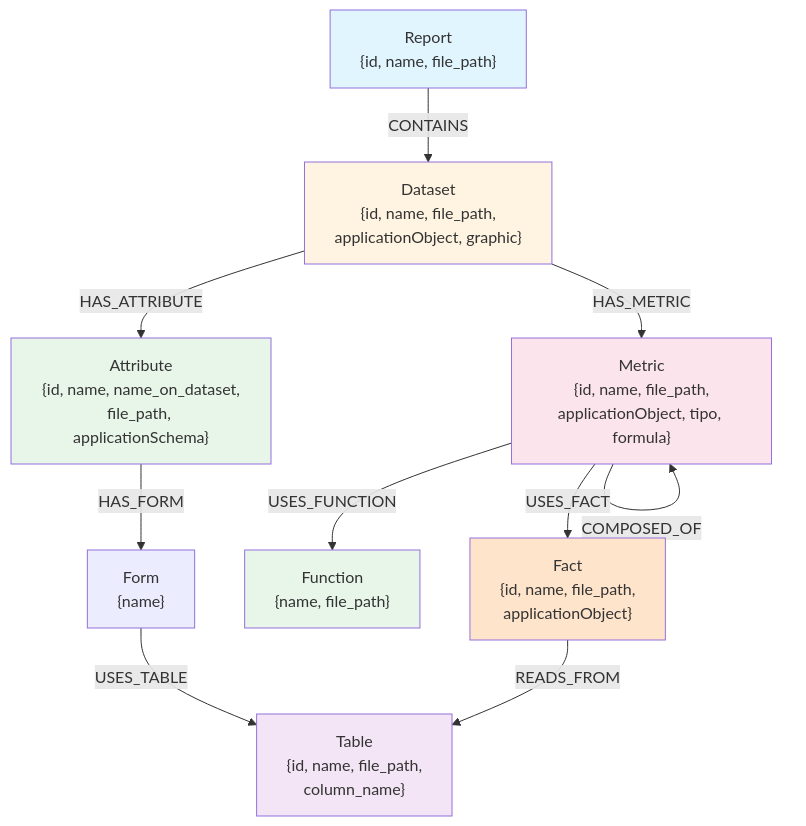
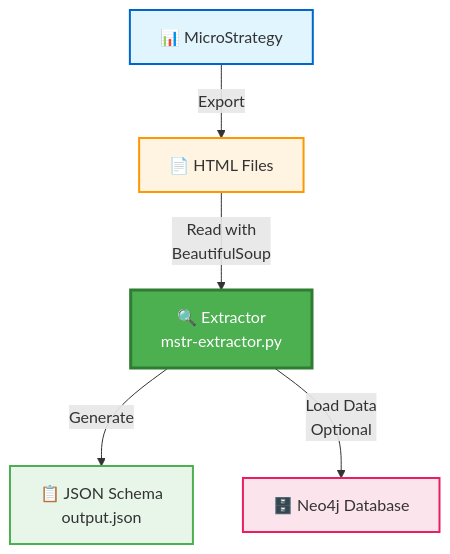
One commit to gabrielbav/msrt-html-extractor changed the first of 2 diagrams in README.md. Above: the diagram before and after it, drawn with Mermaid. The commit also changed other lines of this file, not shown here.

````diff
--- a/README.md
+++ b/README.md
@@ -496,31 +23,16 @@
 ```mermaid
 graph TD
-    Report["Report<br/>{id, name, file_path}"]
-    Dataset["Dataset<br/>{id, name, file_path,<br/>applicationObject, graphic}"]
-    Attribute["Attribute<br/>{id, name, name_on_dataset,<br/>file_path, applicationSchema}"]
-    Form["Form<br/>{name}"]
-    Table["Table<br/>{id, name, file_path,<br/>column_name}"]
-    Metric["Metric<br/>{id, name, file_path,<br/>applicationObject, tipo, formula}"]
-    Function["Function<br/>{name, file_path}"]
-    Fact["Fact<br/>{id, name, file_path,<br/>applicationObject}"]
+    A[📊 MicroStrategy]
+    A -->|Export| B[📄 HTML Files]
     
-    Report -->|CONTAINS| Dataset
-    Dataset -->|HAS_ATTRIBUTE| Attribute
-    Dataset -->|HAS_METRIC| Metric
-    Attribute -->|HAS_FORM| Form
-    Form -->|USES_TABLE| Table
+    B -->|Read with<br/>BeautifulSoup| C[🔍 Extractor<br/>mstr-extractor.py]
     
-    Metric -->|USES_FUNCTION| Function
-    Metric -->|USES_FACT| Fact
-    Metric -->|COMPOSED_OF| Metric
+    C -->|Generate| D[📋 JSON Schema<br/>output.json]
+    C -->|Load Data<br/>Optional| E[🗄️ Neo4j Database]
     
-    Fact -->|READS_FROM| Table
-    
-    style Report fill:#e1f5ff
-    style Dataset fill:#fff4e1
-    style Attribute fill:#e8f5e9
-    style Metric fill:#fce4ec
-    style Fact fill:#ffe4cc
-    style Function fill:#e8f5e9
-    style Table fill:#f3e5f5
+    style A fill:#e1f5ff,stroke:#0066cc,stroke-width:2px
+    style B fill:#fff4e1,stroke:#ff9800,stroke-width:2px
+    style C fill:#4caf50,stroke:#2e7d32,stroke-width:3px,color:#fff
+    style D fill:#e8f5e9,stroke:#4caf50,stroke-width:2px
+    style E fill:#fce4ec,stroke:#e91e63,stroke-width:2px
 ```
````
